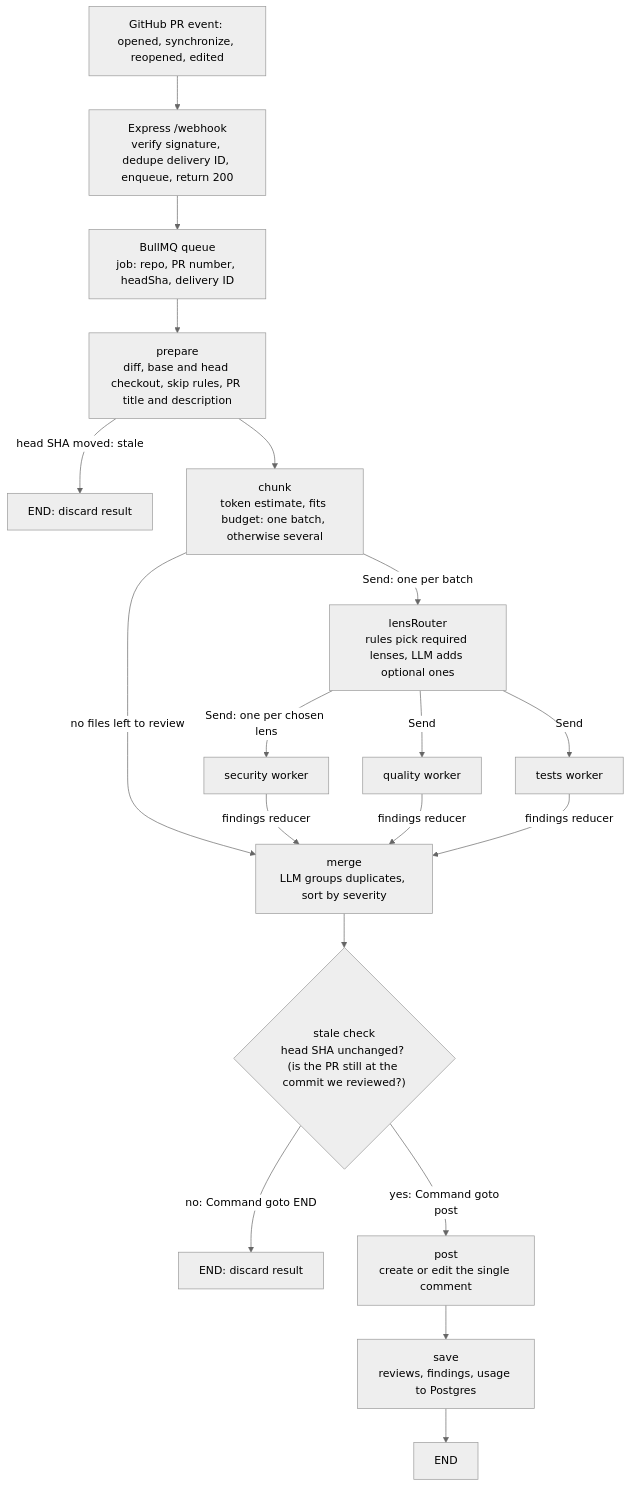
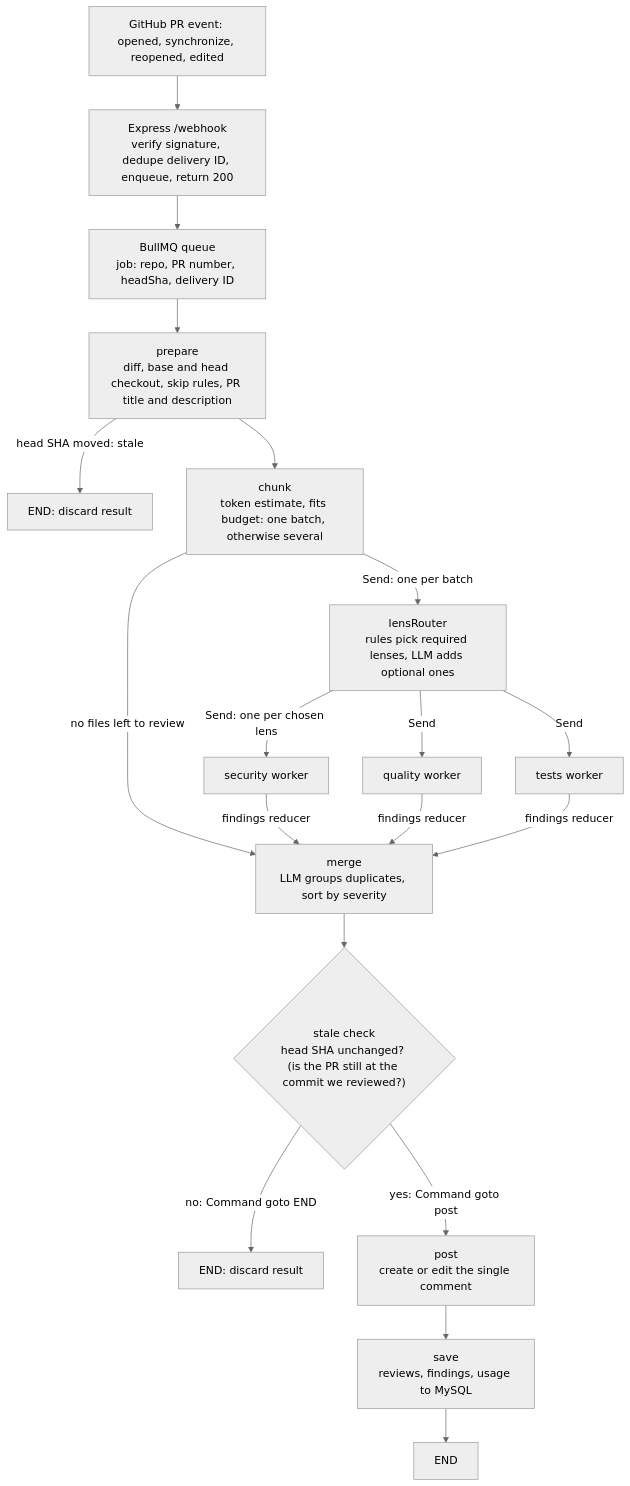
One commit to d-Bharti001/pr-review-agent changed the first of 2 diagrams in Plan.md. Above: the diagram before and after it, drawn with Mermaid (neutral theme). The commit also changed other lines of this file and 30 other files, not shown here.

First line of the commit message:
Add database and new graph nodes

````diff
--- a/Plan.md
+++ b/Plan.md
@@ -144,21 +144,21 @@
 ```mermaid
 flowchart TD
     A["GitHub PR event: opened, synchronize, reopened, edited"] --> B["Express /webhook<br/>verify signature, dedupe delivery ID, enqueue, return 200"]
     B --> C["BullMQ queue<br/>job: repo, PR number, headSha, delivery ID"]
     C --> D["prepare<br/>diff, base and head checkout, skip rules, PR title and description"]
     D -- "head SHA moved: stale" --> X["END: discard result"]
     D --> E["chunk<br/>token estimate, fits budget: one batch, otherwise several"]
     E -- "Send: one per batch" --> R["lensRouter<br/>rules pick required lenses, LLM adds optional ones"]
     E -- "no files left to review" --> H
     R -- "Send: one per chosen lens" --> G1["security worker"]
     R -- "Send" --> G2["quality worker"]
     R -- "Send" --> G3["tests worker"]
     G1 -- "findings reducer" --> H["merge<br/>LLM groups duplicates, sort by severity"]
     G2 -- "findings reducer" --> H
     G3 -- "findings reducer" --> H
     H --> I{"stale check<br/>head SHA unchanged? (is the PR still at the commit we reviewed?)"}
     I -- "no: Command goto END" --> J["END: discard result"]
     I -- "yes: Command goto post" --> K["post<br/>create or edit the single comment"]
-    K --> L["save<br/>reviews, findings, usage to Postgres"]
+    K --> L["save<br/>reviews, findings, usage to MySQL"]
     L --> M["END"]
 ```
````
